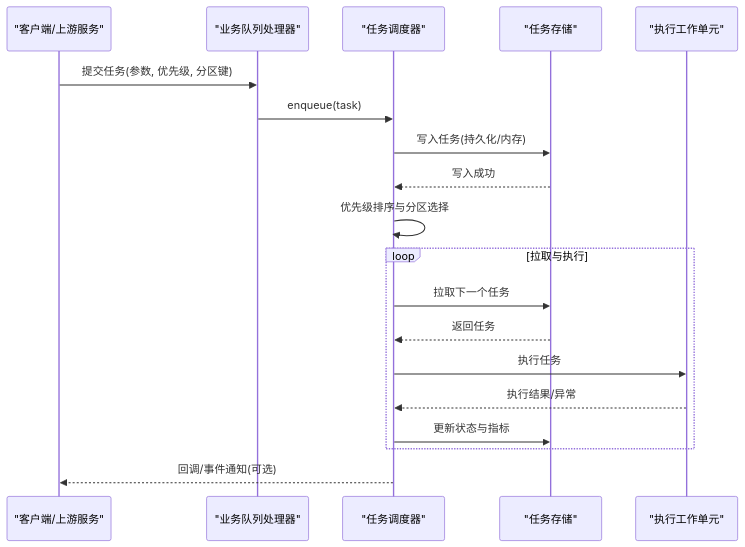
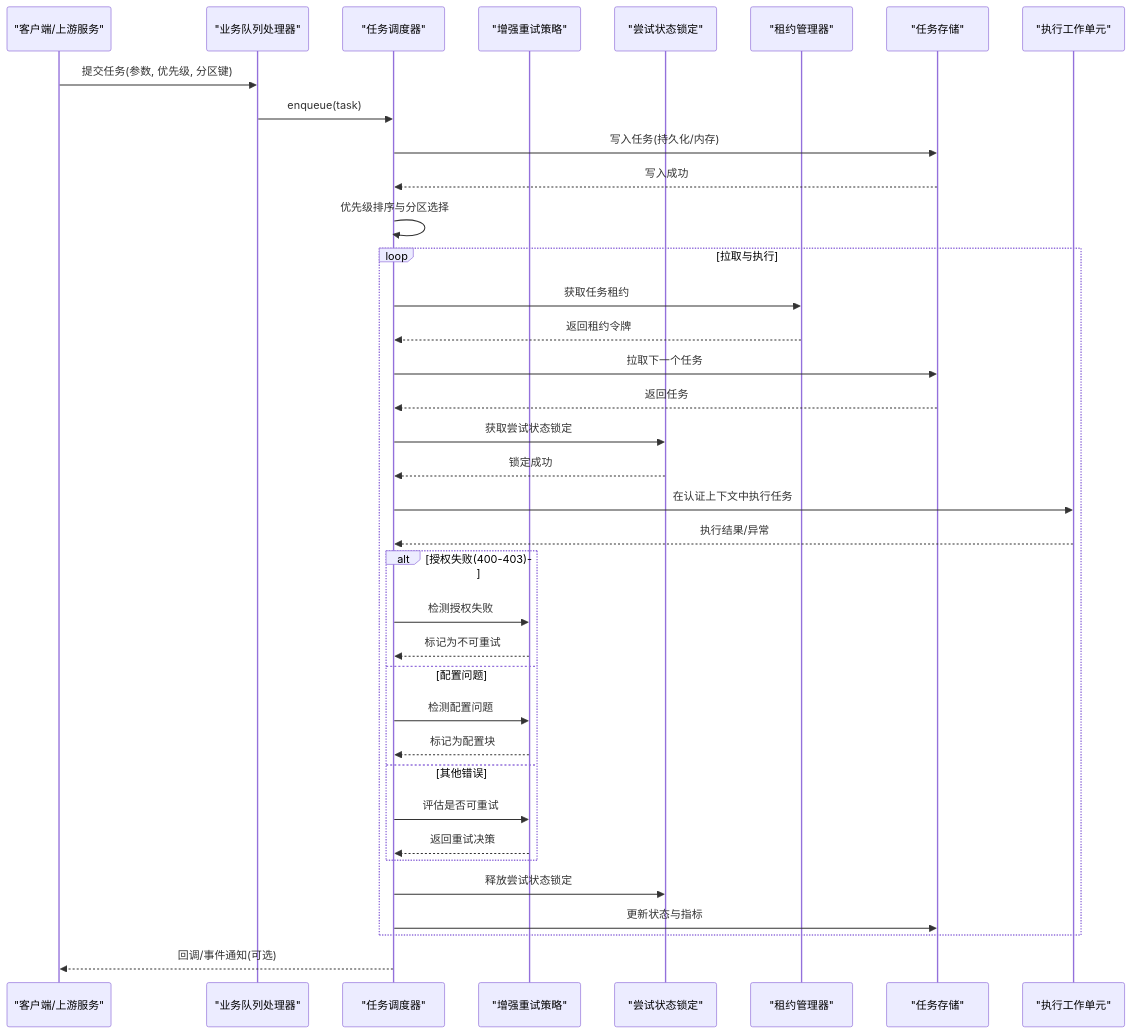
The second of 4 diagrams in .qoder/repowiki/zh/content/后端架构/任务处理/作业队列系统.md (scottcwy/PurpleInk), drawn with Mermaid before and after one commit. The commit also changed other lines of this file and 109 other files, not shown here.

````diff
--- a/.qoder/repowiki/zh/content/后端架构/任务处理/作业队列系统.md
+++ b/.qoder/repowiki/zh/content/后端架构/任务处理/作业队列系统.md
@@ -101,21 +144,39 @@
 ```mermaid
 sequenceDiagram
 participant Client as "客户端/上游服务"
 participant Handler as "业务队列处理器"
 participant Runner as "任务调度器"
+participant RetryPolicy as "增强重试策略"
+participant AttemptLock as "尝试状态锁定"
+participant Lease as "租约管理器"
 participant Store as "任务存储"
 participant Worker as "执行工作单元"
 Client->>Handler : 提交任务(参数, 优先级, 分区键)
 Handler->>Runner : enqueue(task)
 Runner->>Store : 写入任务(持久化/内存)
 Store-->>Runner : 写入成功
 Runner->>Runner : 优先级排序与分区选择
 loop 拉取与执行
+Runner->>Lease : 获取任务租约
+Lease-->>Runner : 返回租约令牌
 Runner->>Store : 拉取下一个任务
 Store-->>Runner : 返回任务
-Runner->>Worker : 执行任务
+Runner->>AttemptLock : 获取尝试状态锁定
+AttemptLock-->>Runner : 锁定成功
+Runner->>Worker : 在认证上下文中执行任务
 Worker-->>Runner : 执行结果/异常
+alt 授权失败(400-403)
+Runner->>RetryPolicy : 检测授权失败
+RetryPolicy-->>Runner : 标记为不可重试
+else 配置问题
+Runner->>RetryPolicy : 检测配置问题
+RetryPolicy-->>Runner : 标记为配置块
+else 其他错误
+Runner->>RetryPolicy : 评估是否可重试
+RetryPolicy-->>Runner : 返回重试决策
+end
+Runner->>AttemptLock : 释放尝试状态锁定
 Runner->>Store : 更新状态与指标
 end
 Runner-->>Client : 回调/事件通知(可选)
 ```
````
